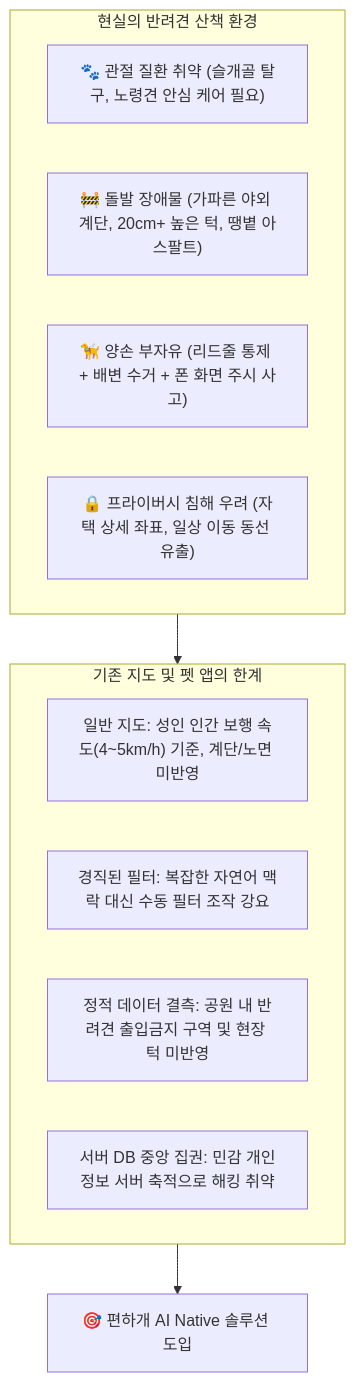
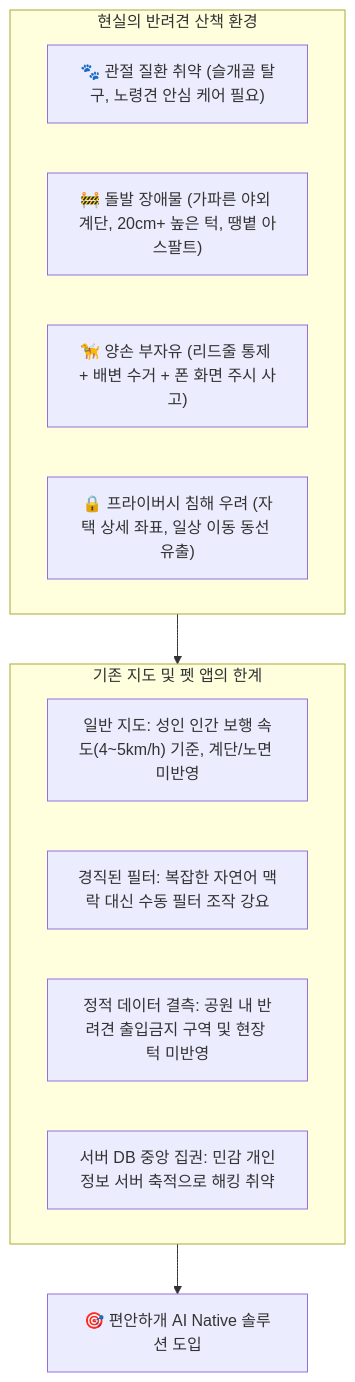
The first of 3 diagrams in README.md (haru2014/pet_walk_t01), drawn with Mermaid before and after one commit. The commit also changed other lines of this file and 20 other files, not shown here.

First line of the commit message:
docs: 서비스 명칭 변경 (편하개 -> 편안하개) 및 전체 문서 동기화

````diff
--- a/README.md
+++ b/README.md
@@ -36,19 +36,19 @@
 ```mermaid
 flowchart TD
     subgraph Reality["현실의 반려견 산책 환경"]
         R1["🐾 관절 질환 취약 (슬개골 탈구, 노령견 안심 케어 필요)"]
         R2["🚧 돌발 장애물 (가파른 야외 계단, 20cm+ 높은 턱, 땡볕 아스팔트)"]
         R3["🦮 양손 부자유 (리드줄 통제 + 배변 수거 + 폰 화면 주시 사고)"]
         R4["🔒 프라이버시 침해 우려 (자택 상세 좌표, 일상 이동 동선 유출)"]
     end
 
     subgraph LegacyLimits["기존 지도 및 펫 앱의 한계"]
         L1["일반 지도: 성인 인간 보행 속도(4~5km/h) 기준, 계단/노면 미반영"]
         L2["경직된 필터: 복잡한 자연어 맥락 대신 수동 필터 조작 강요"]
         L3["정적 데이터 결측: 공원 내 반려견 출입금지 구역 및 현장 턱 미반영"]
         L4["서버 DB 중앙 집권: 민감 개인정보 서버 축적으로 해킹 취약"]
     end
 
     Reality --> LegacyLimits
-    LegacyLimits --> Solution["🎯 편하개 AI Native 솔루션 도입"]
+    LegacyLimits --> Solution["🎯 편안하개 AI Native 솔루션 도입"]
 ```
````
